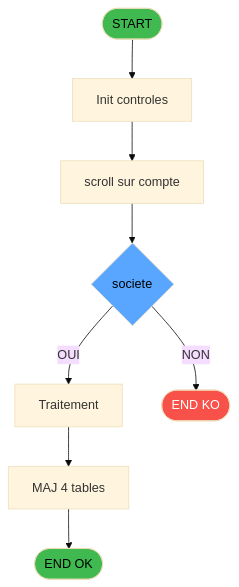
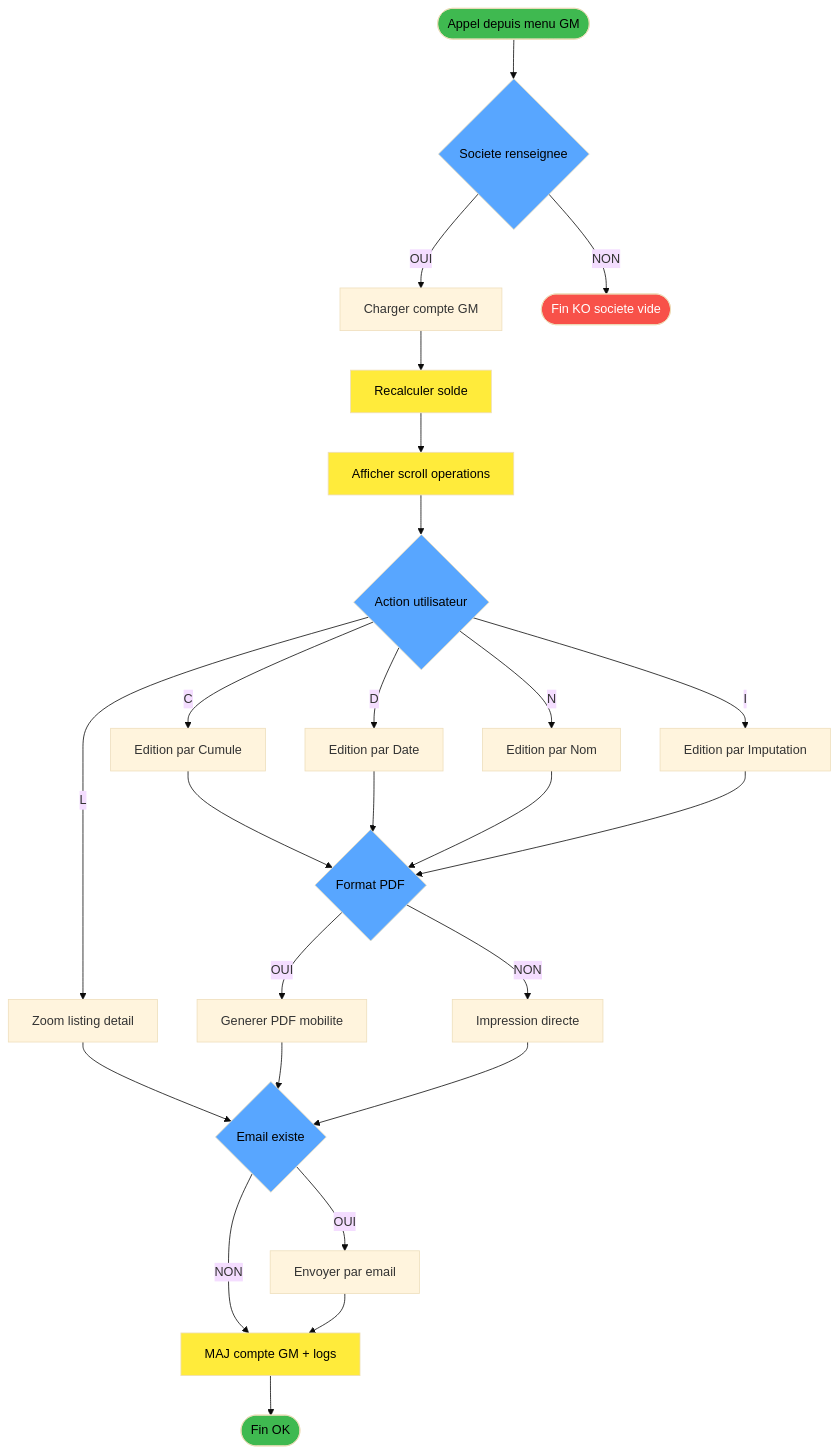
Before and after one commit to thonyAGP/lecteur-magic: the second of 4 diagrams in .openspec/specs/ADH-IDE-69.md, drawn with Mermaid (base theme). The commit also changed other lines of this file and 18 other files, not shown here.

````diff
--- a/.openspec/specs/ADH-IDE-69.md
+++ b/.openspec/specs/ADH-IDE-69.md
@@ -1282,21 +1282,58 @@
 ```mermaid
 flowchart TD
-    START([START])
-    INIT[Init controles]
-    SAISIE[scroll sur compte]
-    DECISION{societe}
-    PROCESS[Traitement]
-    UPDATE[MAJ 4 tables]
-    ENDOK([END OK])
-    ENDKO([END KO])
+    START([Appel depuis menu GM])
+    CHKSOC{Societe renseignee}
+    LOADCPT[Charger compte GM]
+    RECALC[Recalculer solde]
+    SCROLL[Afficher scroll operations]
+    CHOIX{Action utilisateur}
+    EDDATE[Edition par Date]
+    EDNOM[Edition par Nom]
+    EDCUM[Edition par Cumule]
+    EDIMP[Edition par Imputation]
+    ZOOM[Zoom listing detail]
+    CHKPDF{Format PDF}
+    GENPDF[Generer PDF mobilite]
+    PRINT[Impression directe]
+    MAIL{Email existe}
+    SEND[Envoyer par email]
+    MAJCPT[MAJ compte GM + logs]
+    ENDOK([Fin OK])
+    ENDKO([Fin KO societe vide])
 
-    START --> INIT --> SAISIE --> DECISION
-    DECISION -->|OUI| PROCESS
-    DECISION -->|NON| ENDKO
-    PROCESS --> UPDATE --> ENDOK
+    START --> CHKSOC
+    CHKSOC -->|NON| ENDKO
+    CHKSOC -->|OUI| LOADCPT
+    LOADCPT --> RECALC
+    RECALC --> SCROLL
+    SCROLL --> CHOIX
+    CHOIX -->|C| EDCUM
+    CHOIX -->|D| EDDATE
+    CHOIX -->|N| EDNOM
+    CHOIX -->|I| EDIMP
+    CHOIX -->|L| ZOOM
+    EDCUM --> CHKPDF
+    EDDATE --> CHKPDF
+    EDNOM --> CHKPDF
+    EDIMP --> CHKPDF
+    ZOOM --> MAIL
+    CHKPDF -->|OUI| GENPDF
+    CHKPDF -->|NON| PRINT
+    GENPDF --> MAIL
+    PRINT --> MAIL
+    MAIL -->|OUI| SEND
+    MAIL -->|NON| MAJCPT
+    SEND --> MAJCPT
+    MAJCPT --> ENDOK
 
     style START fill:#3fb950,color:#000
     style ENDOK fill:#3fb950,color:#000
     style ENDKO fill:#f85149,color:#fff
-    style DECISION fill:#58a6ff,color:#000
+    style CHKSOC fill:#58a6ff,color:#000
+    style CHOIX fill:#58a6ff,color:#000
+    style CHKPDF fill:#58a6ff,color:#000
+    style MAIL fill:#58a6ff,color:#000
+    style RECALC fill:#ffeb3b,color:#000
+    style SCROLL fill:#ffeb3b,color:#000
+    style MAJCPT fill:#ffeb3b,color:#000
 ```
````
